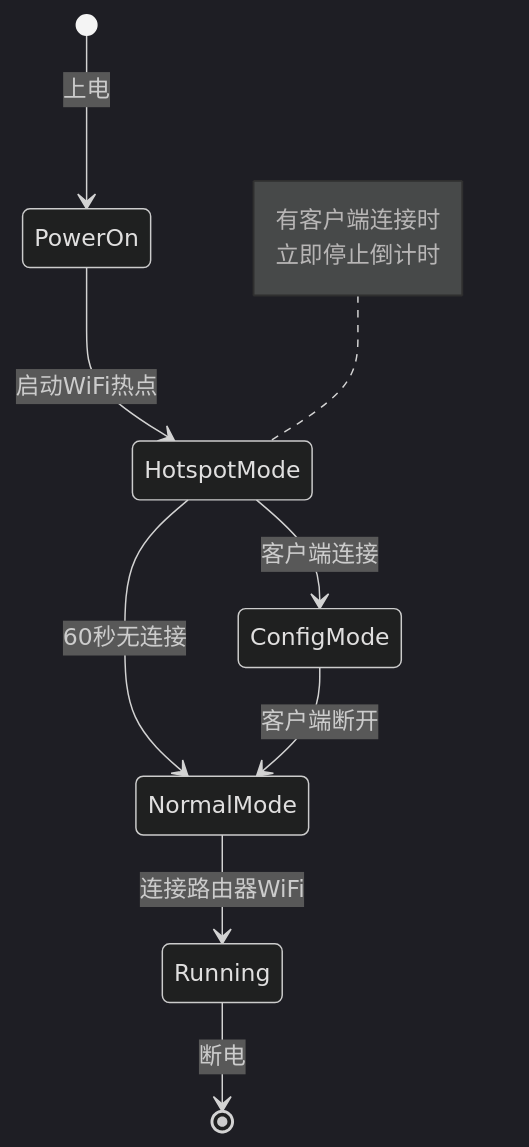
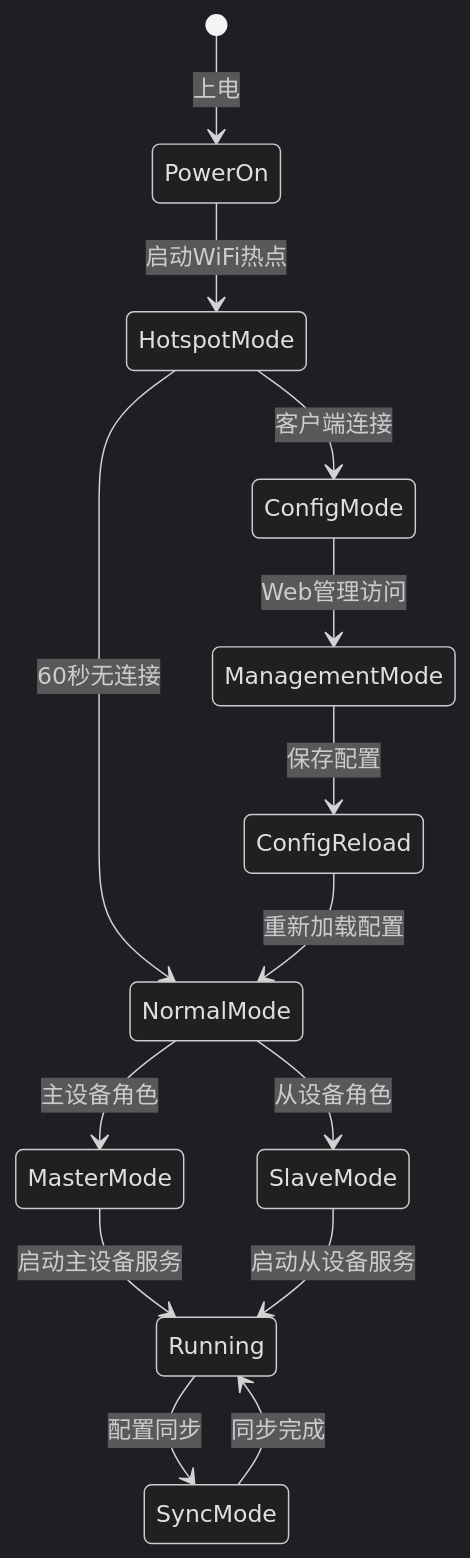
The third of 4 diagrams in 需求文档.md (davidhoo/WiFly485), drawn with Mermaid (dark theme) before and after one commit. The commit also changed other lines of this file and 2 other files, not shown here.

````diff
--- a/需求文档.md
+++ b/需求文档.md
@@ -172,15 +253,19 @@
 ```mermaid
 stateDiagram-v2
     [*] --> PowerOn: 上电
     PowerOn --> HotspotMode: 启动WiFi热点
     HotspotMode --> ConfigMode: 客户端连接
     HotspotMode --> NormalMode: 60秒无连接
-    ConfigMode --> NormalMode: 客户端断开
-    NormalMode --> Running: 连接路由器WiFi
-    Running --> [*]: 断电
+    ConfigMode --> ManagementMode: Web管理访问
+    ManagementMode --> ConfigReload: 保存配置
+    ConfigReload --> NormalMode: 重新加载配置
     
-    note left of HotspotMode
-        有客户端连接时
-        立即停止倒计时
-    end note
+    NormalMode --> MasterMode: 主设备角色
+    NormalMode --> SlaveMode: 从设备角色
+    
+    MasterMode --> Running: 启动主设备服务
+    SlaveMode --> Running: 启动从设备服务
+    
+    Running --> SyncMode: 配置同步
+    SyncMode --> Running: 同步完成
 ```
````
